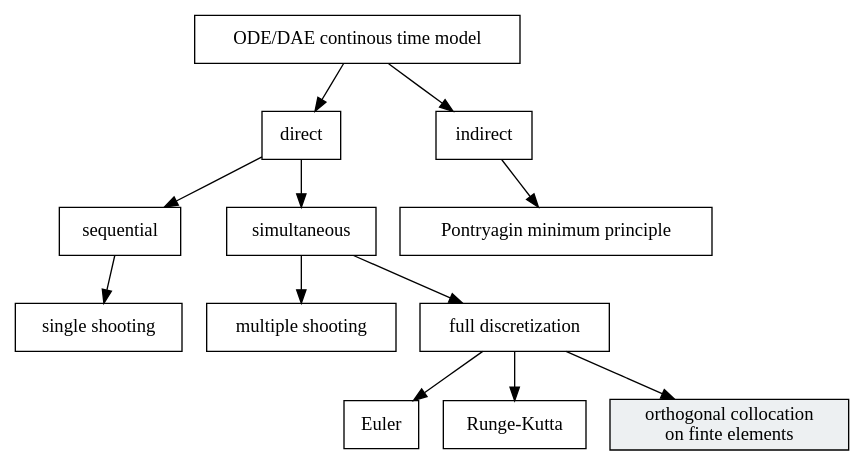
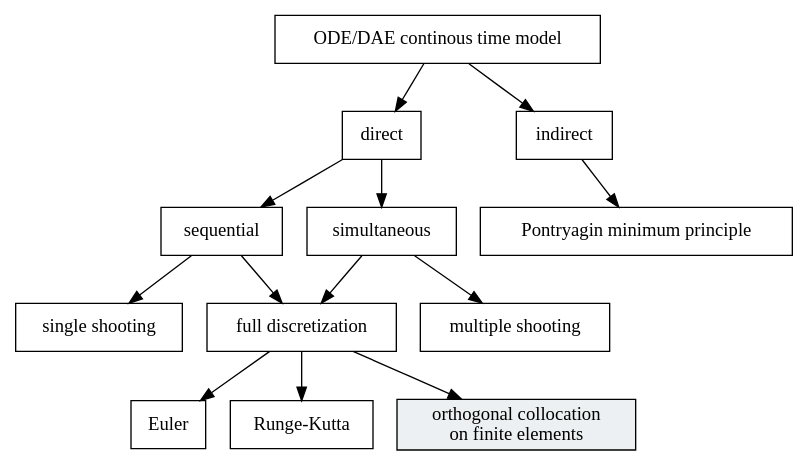
One commit to do-mpc/do-mpc changed the diagram in documentation/source/theory_orthogonal_collocation.rst. Above: the diagram before and after it, drawn with Graphviz.

Commit message:
minor fix

```diff
--- a/documentation/source/theory_orthogonal_collocation.rst
+++ b/documentation/source/theory_orthogonal_collocation.rst
@@ -37,30 +37,30 @@
 .. graphviz::
     :name: ode_dae_MPC
     :caption: Approaching an ODE/DAE continuous model for MPC or MHE.
     :align: center
 
     digraph G {
         node [shape="rectangle"];
         ODE [label="ODE/DAE continous time model"]
         direct
         indirect
         PMP [label="Pontryagin minimum principle"]
         sequential
         simultaneous [label="simultaneous"]
         single_shoot [label="single shooting"]
         mult_shoot [label="multiple shooting"]
         full_disc [label="full discretization"]
         Euler
         RungeKutta [label="Runge-Kutta"]
-        OC [label="orthogonal collocation \n on finte elements", fillcolor="#edf0f2", style="filled"]
+        OC [label="orthogonal collocation \n on finite elements", fillcolor="#edf0f2", style="filled"]
 
 
 
         ODE -> direct, indirect
         indirect -> PMP
         direct -> simultaneous, sequential
 
-        sequential -> single_shoot
+        sequential -> single_shoot, full_disc
         simultaneous -> mult_shoot, full_disc
         full_disc -> Euler, RungeKutta, OC
     }
```
